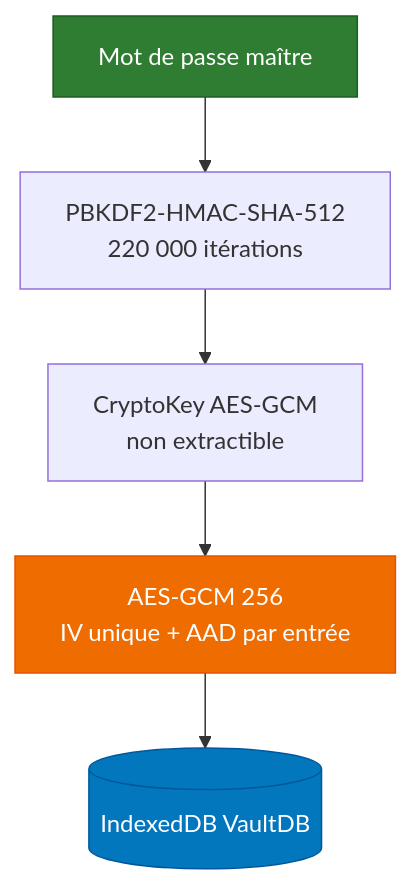
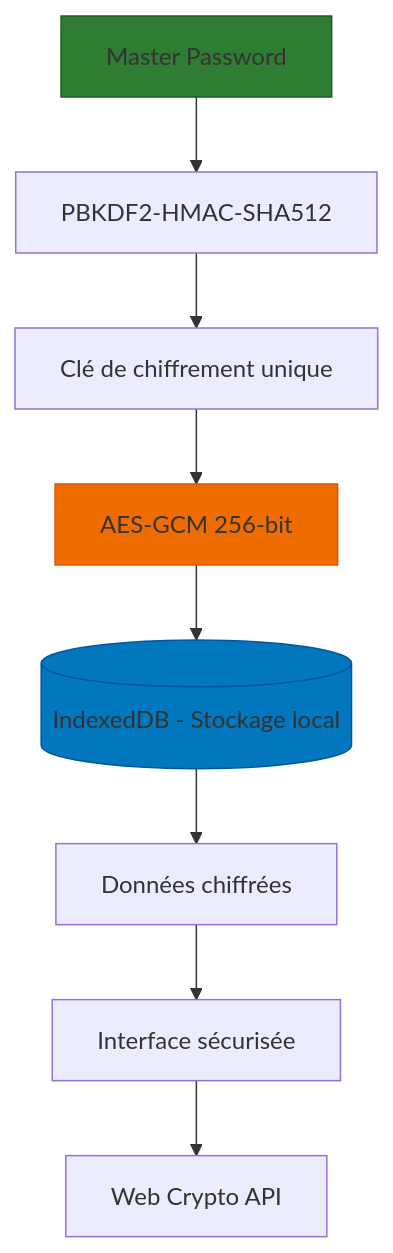
One commit to Giscolab/CryptoKeep changed the first of 4 diagrams in README.md. Above: the diagram before and after it, drawn with Mermaid. The commit also changed other lines of this file and 2 other files, not shown here.

````diff
--- a/README.md
+++ b/README.md
@@ -99,10 +18,13 @@
 ```mermaid
 graph TD
-  A[Mot de passe maître] --> B[PBKDF2-HMAC-SHA-512<br/>220 000 itérations]
-  B --> C[CryptoKey AES-GCM<br/>non extractible]
-  C --> D[AES-GCM 256<br/>IV unique + AAD par entrée]
-  D --> E[(IndexedDB VaultDB)]
-  style A fill:#2E7D32,stroke:#1B5E20,color:#fff
-  style D fill:#EF6C00,stroke:#E65100,color:#fff
-  style E fill:#0277BD,stroke:#01579B,color:#fff
+  A[Master Password] --> B[PBKDF2-HMAC-SHA512]
+  B --> C[Clé de chiffrement unique]
+  C --> D[AES-GCM 256-bit]
+  D --> E[(IndexedDB - Stockage local)]
+  E --> F[Données chiffrées]
+  F --> G[Interface sécurisée]
+  G --> H[Web Crypto API]
+  style A fill:#2E7D32,stroke:#1B5E20
+  style D fill:#EF6C00,stroke:#E65100
+  style E fill:#0277BD,stroke:#01579B
 ```
````
